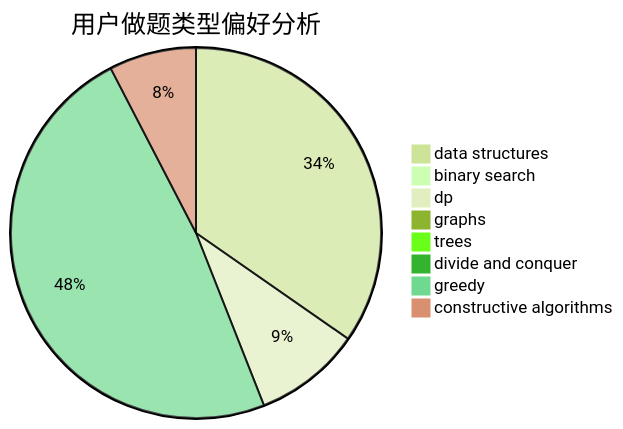
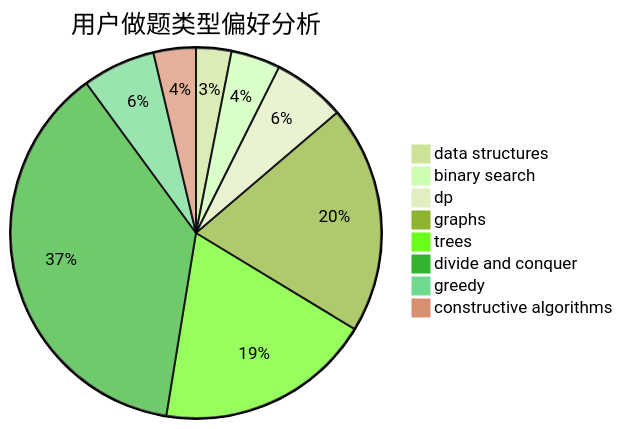
Before and after one commit to sherpahu/cfrs.github.io: the second of 3 diagrams in docs/user/u2390.md, drawn with Mermaid (forest theme). The commit also changed other lines of this file and 2770 other files, not shown here.

````diff
--- a/docs/user/u2390.md
+++ b/docs/user/u2390.md
@@ -23,11 +23,11 @@
 ```mermaid
 pie title 用户做题类型偏好分析
-    "data structures" :  319
-    "binary search" :  1
-    "dp" :  86
-    "graphs" :  0
-    "trees" :  0
-    "divide and conquer" :  5
-    "greedy" :  445
-    "constructive algorithms" :  70
+    "data structures" :  15
+    "binary search" :  21
+    "dp" :  31
+    "graphs" :  97
+    "trees" :  92
+    "divide and conquer" :  182
+    "greedy" :  31
+    "constructive algorithms" :  18
 ```
````
